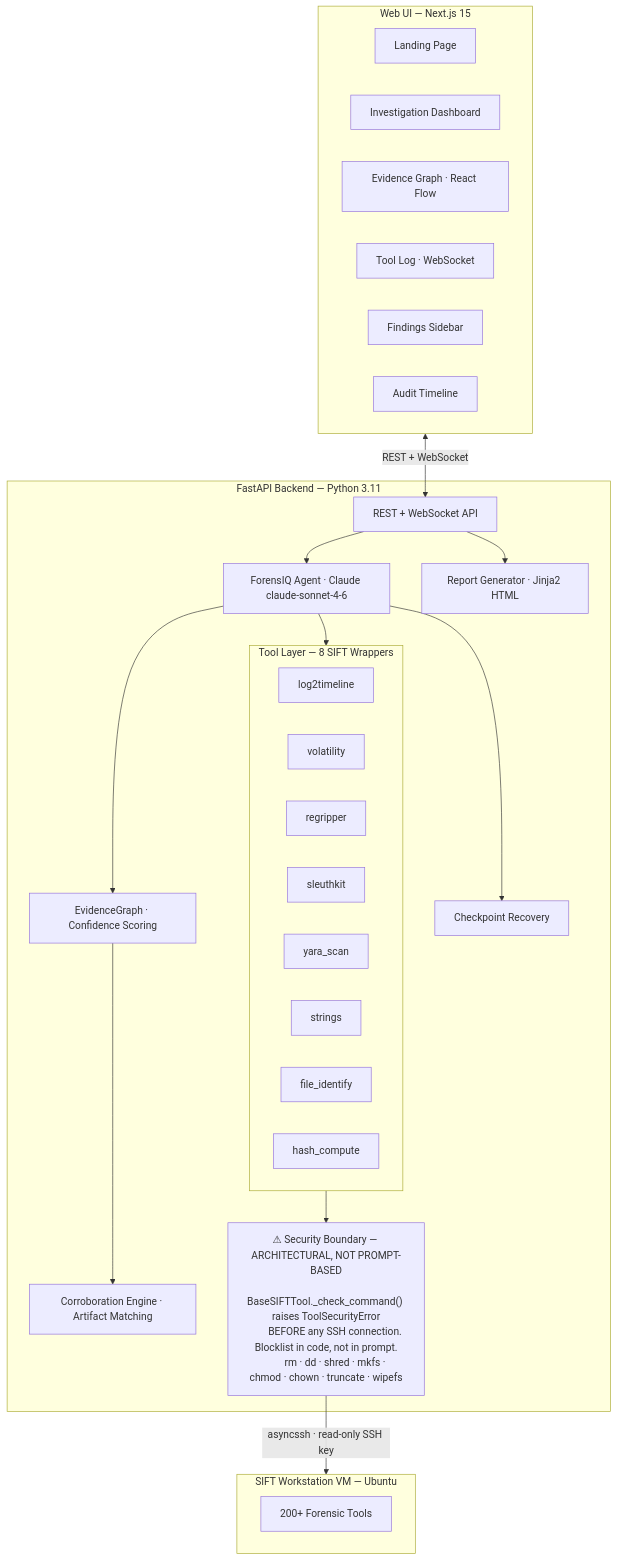
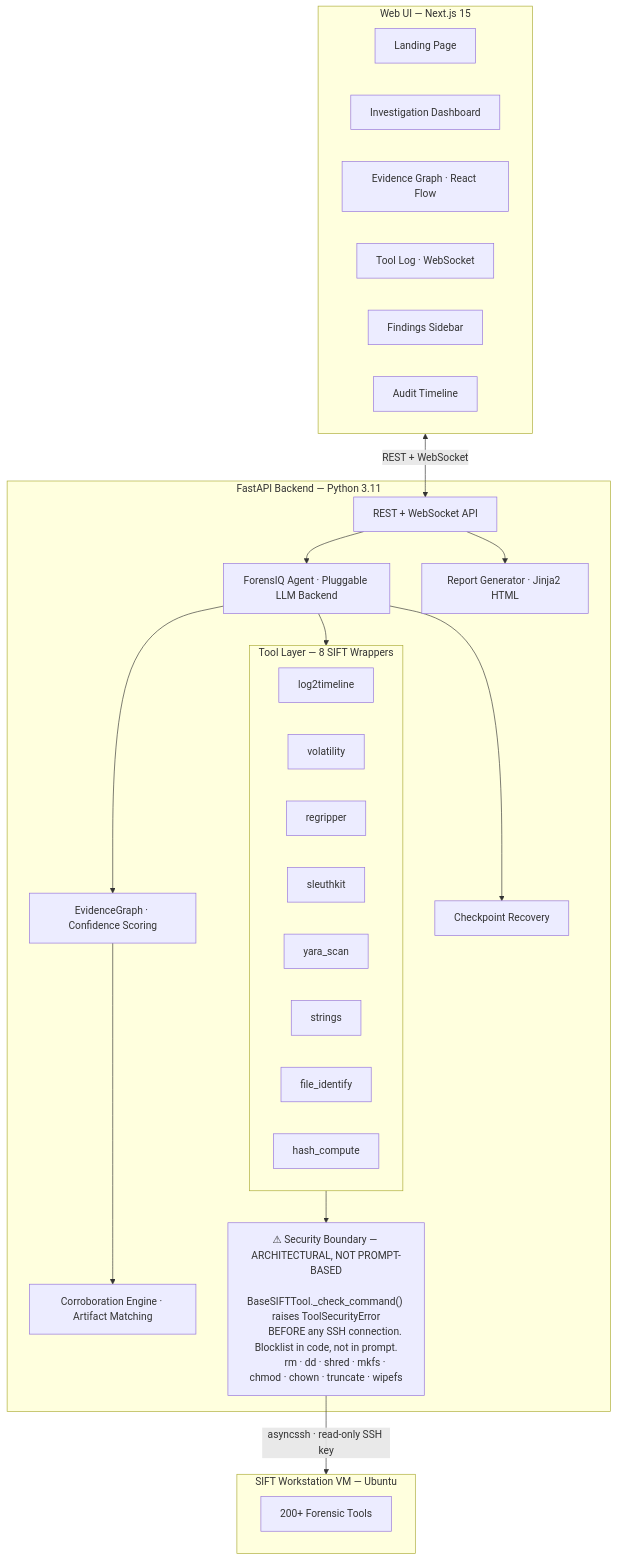
The first of 2 diagrams in docs/ARCHITECTURE.md (mystiquemide/forensiciq), drawn with Mermaid before and after one commit. The commit also changed 1 other file, not shown here.

Commit message:
docs: replace model-specific names with 'Pluggable LLM Backend'
Agent node in README and ARCHITECTURE diagrams now says 'Pluggable LLM
Backend' — avoids mismatch if demo runs Groq instead of Anthropic.
README env table now documents LLM_PROVIDER, GROQ_MODEL alongside
CLAUDE_MODEL.

````diff
--- a/docs/ARCHITECTURE.md
+++ b/docs/ARCHITECTURE.md
@@ -11,50 +11,50 @@
 ```mermaid
 flowchart TB
     subgraph UI["Web UI — Next.js 15"]
         LP[Landing Page]
         ID[Investigation Dashboard]
         EG[Evidence Graph · React Flow]
         TL[Tool Log · WebSocket]
         FS[Findings Sidebar]
         AT[Audit Timeline]
     end
 
     subgraph Backend["FastAPI Backend — Python 3.11"]
         RT[REST + WebSocket API]
-        AG[ForensIQ Agent · Claude claude-sonnet-4-6]
+        AG[ForensIQ Agent · Pluggable LLM Backend]
         EGE[EvidenceGraph · Confidence Scoring]
         CE[Corroboration Engine · Artifact Matching]
         CP[Checkpoint Recovery]
         RPT[Report Generator · Jinja2 HTML]
 
         subgraph Tools["Tool Layer — 8 SIFT Wrappers"]
             T1[log2timeline]
             T2[volatility]
             T3[regripper]
             T4[sleuthkit]
             T5[yara_scan]
             T6[strings]
             T7[file_identify]
             T8[hash_compute]
         end
 
         SB["⚠ Security Boundary — ARCHITECTURAL, NOT PROMPT-BASED
         BaseSIFTTool._check_command() raises ToolSecurityError
         BEFORE any SSH connection. Blocklist in code, not in prompt.
         rm · dd · shred · mkfs · chmod · chown · truncate · wipefs"]
     end
 
     subgraph SIFT["SIFT Workstation VM — Ubuntu"]
         FM[200+ Forensic Tools]
     end
 
     UI <-->|REST + WebSocket| RT
     RT --> AG
     AG --> EGE
     EGE --> CE
     AG --> CP
     AG --> Tools
     Tools --> SB
     SB -->|asyncssh · read-only SSH key| SIFT
     RT --> RPT
 ```
````
